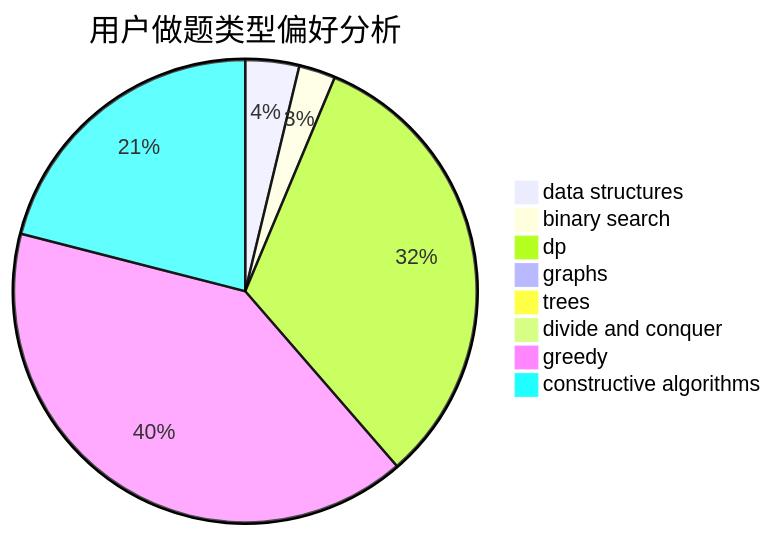
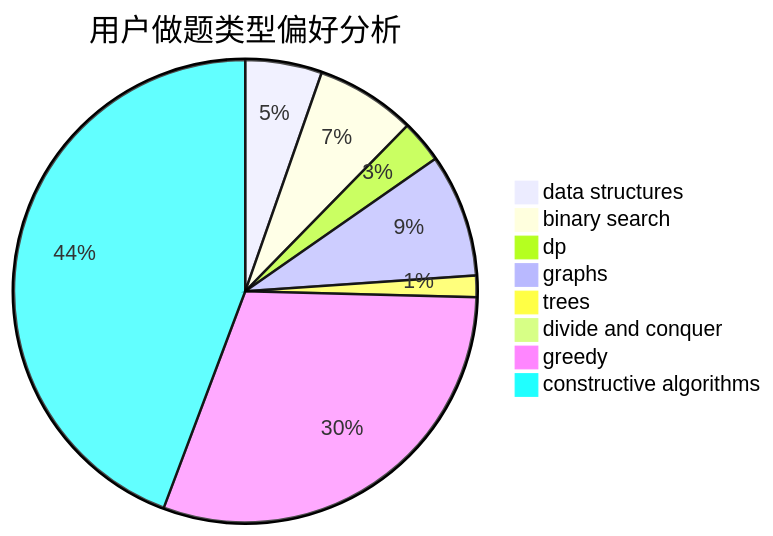
Before and after one commit to sherpahu/cfrs.github.io: the second of 3 diagrams in docs/user/u1821.md, drawn with Mermaid. The commit also changed other lines of this file and 2770 other files, not shown here.

````diff
--- a/docs/user/u1821.md
+++ b/docs/user/u1821.md
@@ -23,11 +23,11 @@
 ```mermaid
 pie title 用户做题类型偏好分析
-    "data structures" :  69
-    "binary search" :  47
-    "dp" :  594
-    "graphs" :  15
-    "trees" :  9
-    "divide and conquer" :  0
-    "greedy" :  742
-    "constructive algorithms" :  386
+    "data structures" :  86
+    "binary search" :  112
+    "dp" :  48
+    "graphs" :  138
+    "trees" :  24
+    "divide and conquer" :  10
+    "greedy" :  487
+    "constructive algorithms" :  711
 ```
````
